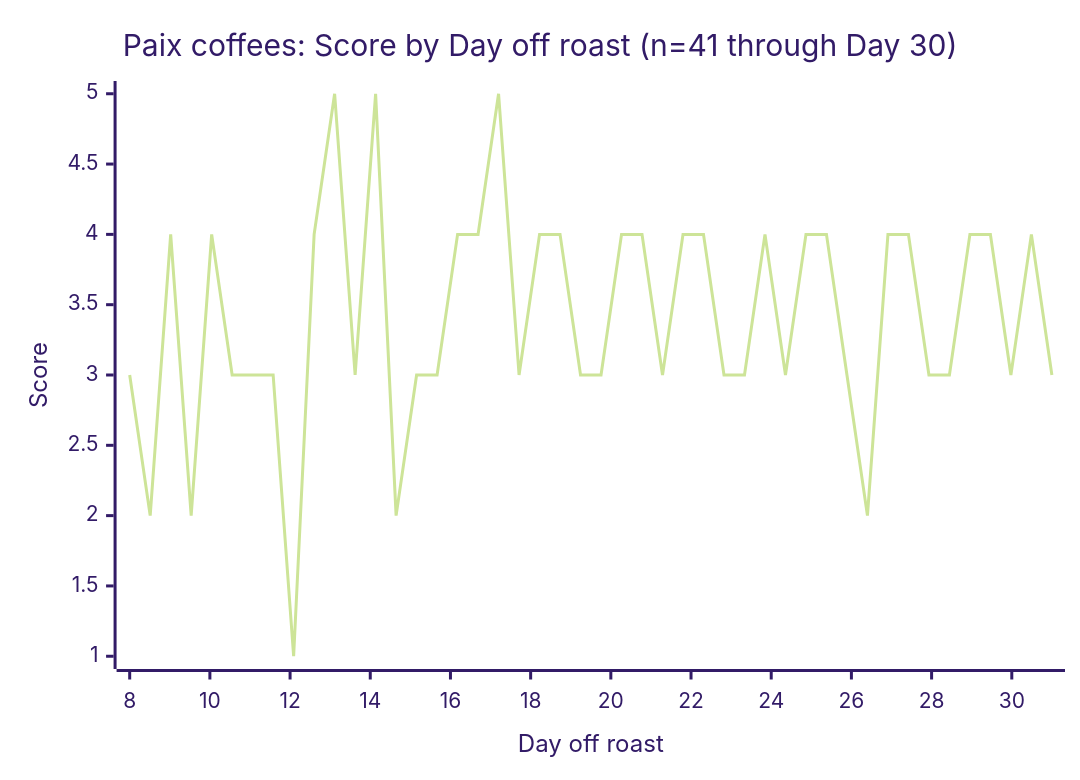
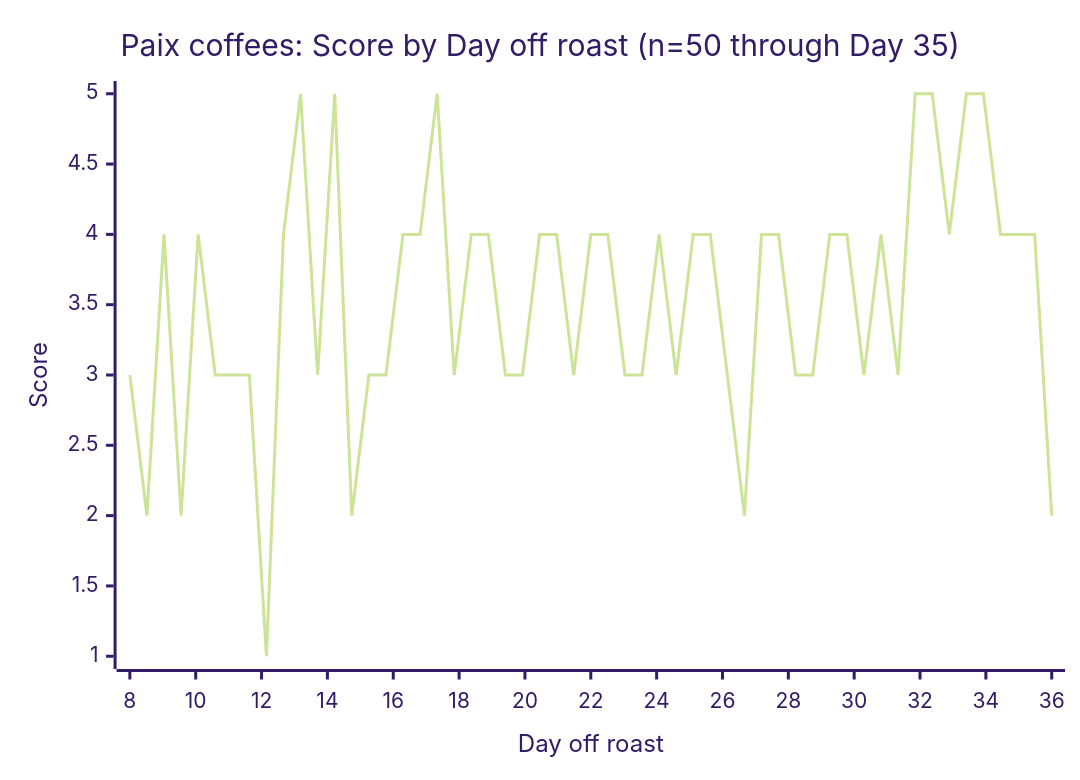
The fifth of 8 diagrams in joshua-martin/profile.md (manuscriptmastr/coffee-journal), drawn with Mermaid (forest theme) before and after one commit. The commit also changed other lines of this file and 1 other file, not shown here.

First line of the commit message:
Profile: two-regime Paix drift; full anchor table through D35; SEY sample-size caveat

````diff
--- a/joshua-martin/profile.md
+++ b/joshua-martin/profile.md
@@ -400,7 +343,7 @@
 ```mermaid
 xychart-beta
-    title "Paix coffees: Score by Day off roast (n=41 through Day 30)"
-    x-axis "Day off roast" 8 --> 31
+    title "Paix coffees: Score by Day off roast (n=50 through Day 35)"
+    x-axis "Day off roast" 8 --> 36
     y-axis "Score" 1 --> 5
-    line [3, 2, 4, 2, 4, 3, 3, 3, 1, 4, 5, 3, 5, 2, 3, 3, 4, 4, 5, 3, 4, 4, 3, 3, 4, 4, 3, 4, 4, 3, 3, 4, 3, 4, 4, 3, 2, 4, 4, 3, 3, 4, 4, 3, 4, 3]
+    line [3, 2, 4, 2, 4, 3, 3, 3, 1, 4, 5, 3, 5, 2, 3, 3, 4, 4, 5, 3, 4, 4, 3, 3, 4, 4, 3, 4, 4, 3, 3, 4, 3, 4, 4, 3, 2, 4, 4, 3, 3, 4, 4, 3, 4, 3, 5, 5, 4, 5, 5, 4, 4, 4, 2]
 ```
````
